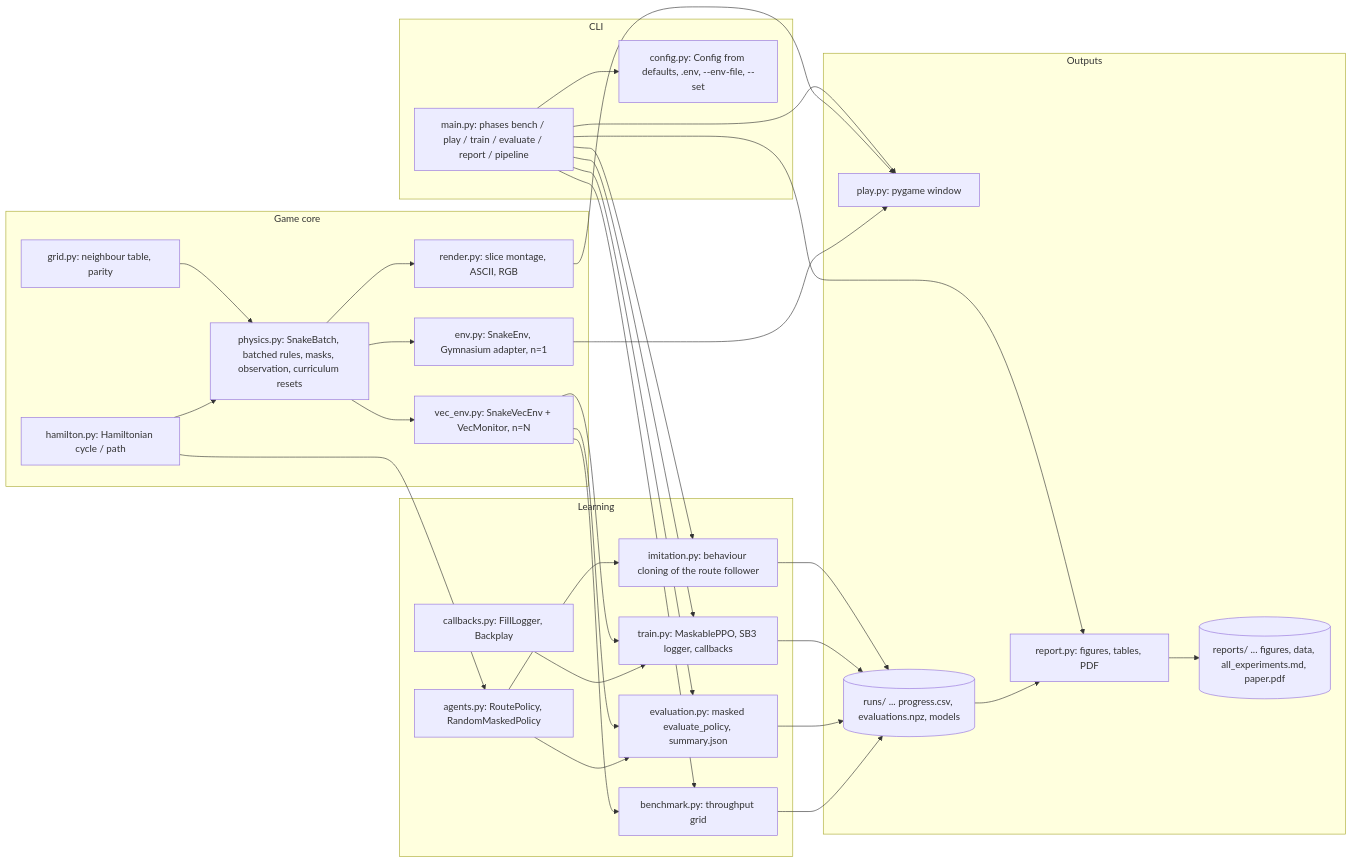
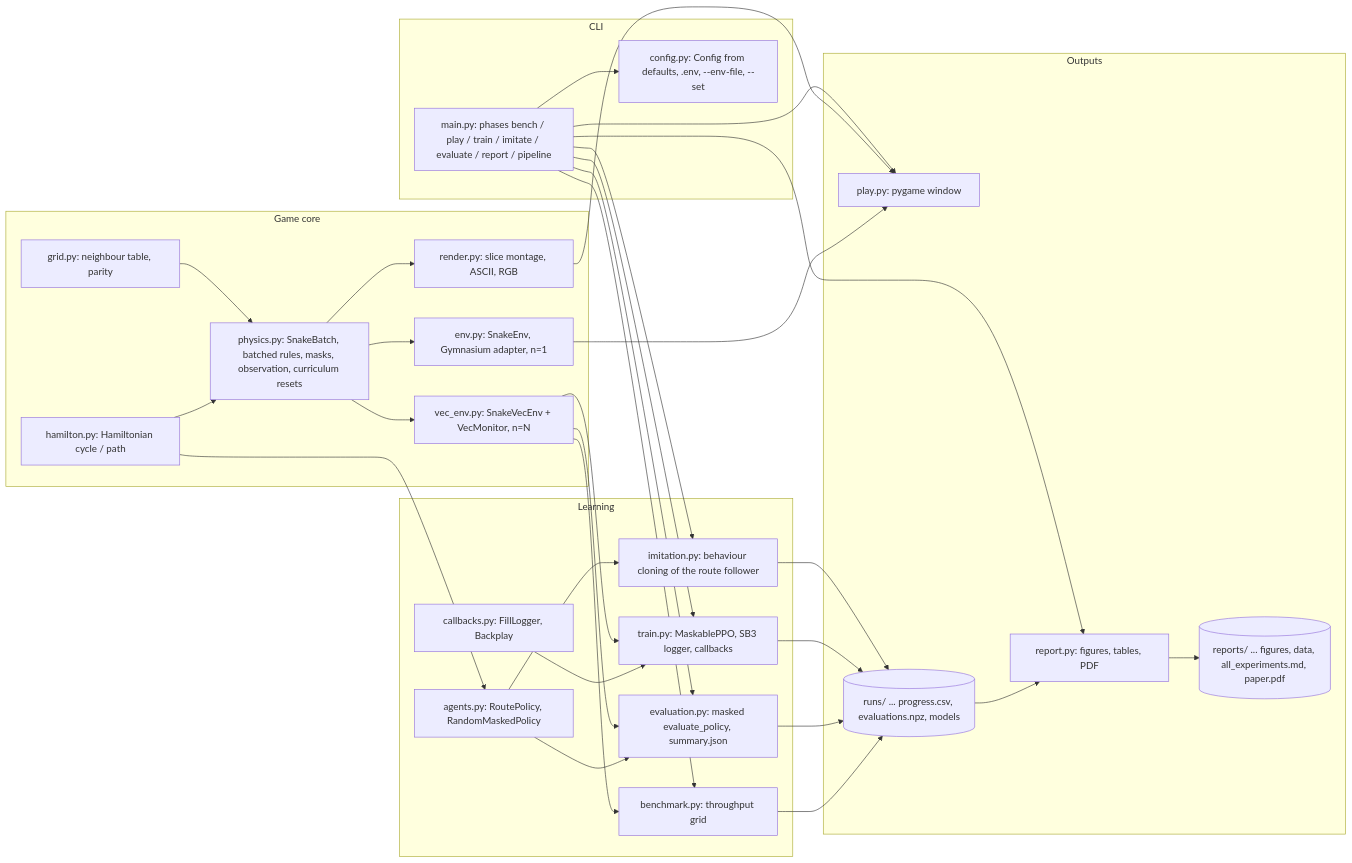
The diagram in README.md (BurnyCoder/4d-snake-rl), drawn with Mermaid before and after one commit. The commit also changed other lines of this file and 6 other files, not shown here.

````diff
--- a/README.md
+++ b/README.md
@@ -89,45 +92,45 @@
 ```mermaid
 flowchart LR
     subgraph cli [CLI]
-        main[main.py: phases bench / play / train / evaluate / report / pipeline]
+        main[main.py: phases bench / play / train / imitate / evaluate / report / pipeline]
         config[config.py: Config from defaults, .env, --env-file, --set]
     end
     subgraph core [Game core]
         grid[grid.py: neighbour table, parity]
         hamilton[hamilton.py: Hamiltonian cycle / path]
         physics[physics.py: SnakeBatch, batched rules, masks, observation, curriculum resets]
         env[env.py: SnakeEnv, Gymnasium adapter, n=1]
         vec[vec_env.py: SnakeVecEnv + VecMonitor, n=N]
         render[render.py: slice montage, ASCII, RGB]
     end
     subgraph rl [Learning]
         train[train.py: MaskablePPO, SB3 logger, callbacks]
         imitation[imitation.py: behaviour cloning of the route follower]
         callbacks[callbacks.py: FillLogger, Backplay]
         agents[agents.py: RoutePolicy, RandomMaskedPolicy]
         evaluation[evaluation.py: masked evaluate_policy, summary.json]
         bench[benchmark.py: throughput grid]
     end
     subgraph out [Outputs]
         play[play.py: pygame window]
         report[report.py: figures, tables, PDF]
         runs[(runs/ ... progress.csv, evaluations.npz, models)]
         reports[(reports/ ... figures, data, all_experiments.md, paper.pdf)]
     end
     main --> config
     main --> train & evaluation & bench & play & report & imitation
     agents --> imitation --> runs
     grid --> physics
     hamilton --> physics
     physics --> env & vec
     physics --> render --> play
     env --> play
     vec --> train & evaluation & bench
     callbacks --> train
     agents --> evaluation
     hamilton --> agents
     train --> runs
     evaluation --> runs
     bench --> runs
     runs --> report --> reports
 ```
````
